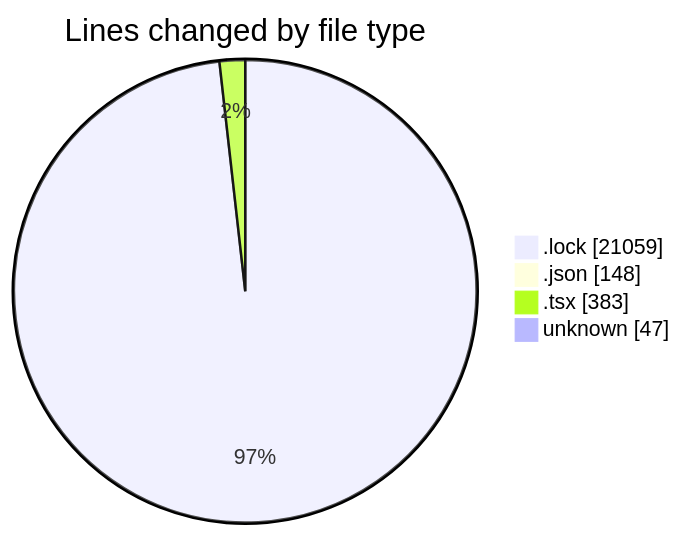
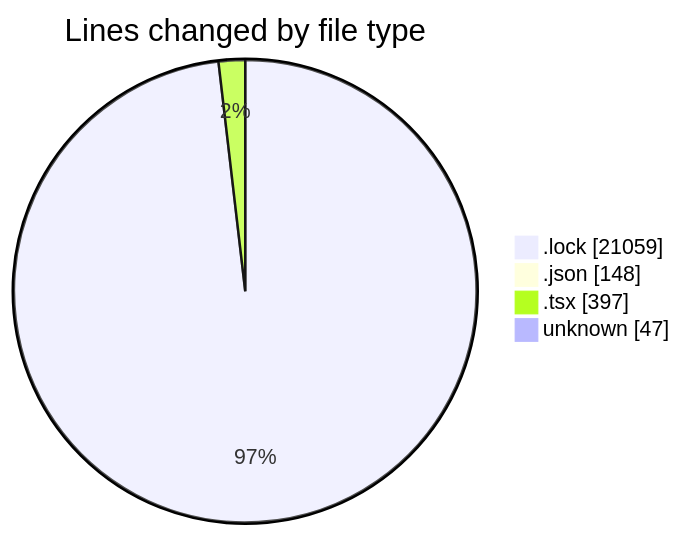
The first of 2 diagrams in 2025-10-20/cda/README.md (momahboobian/code-tracking), drawn with Mermaid before and after one commit. The commit also changed other lines of this file and 1 other file, not shown here.

````diff
--- a/2025-10-20/cda/README.md
+++ b/2025-10-20/cda/README.md
@@ -27,8 +27,8 @@
 ```mermaid
 pie showData
 title Lines changed by file type
 ".lock" : 21059
 ".json" : 148
-".tsx" : 383
+".tsx" : 397
 "unknown" : 47
 ```
````
